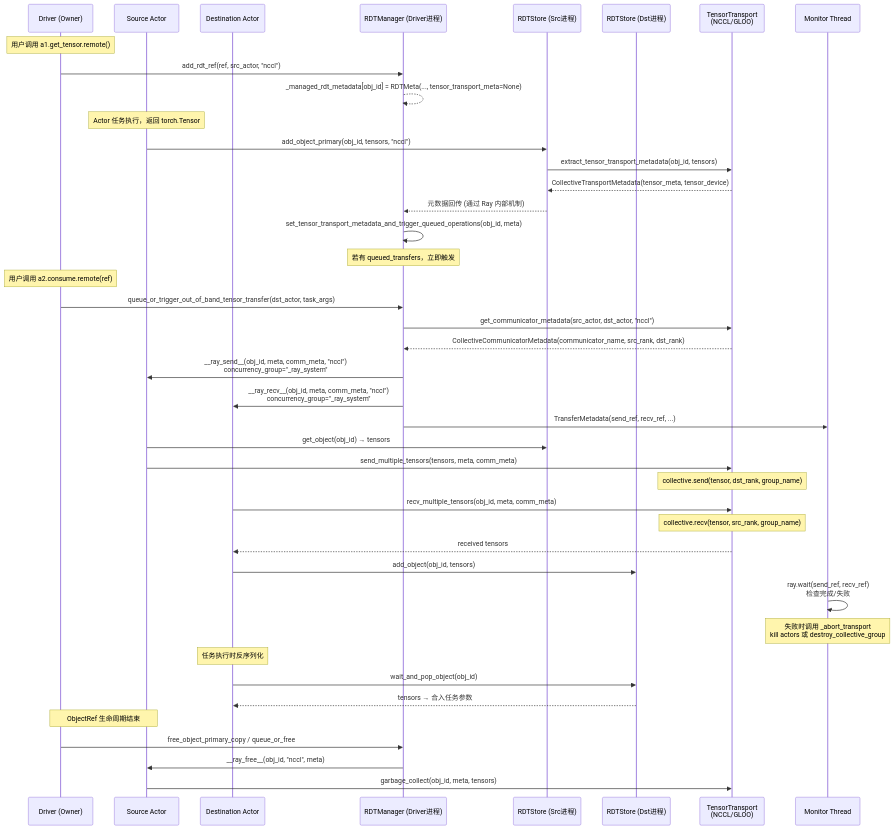
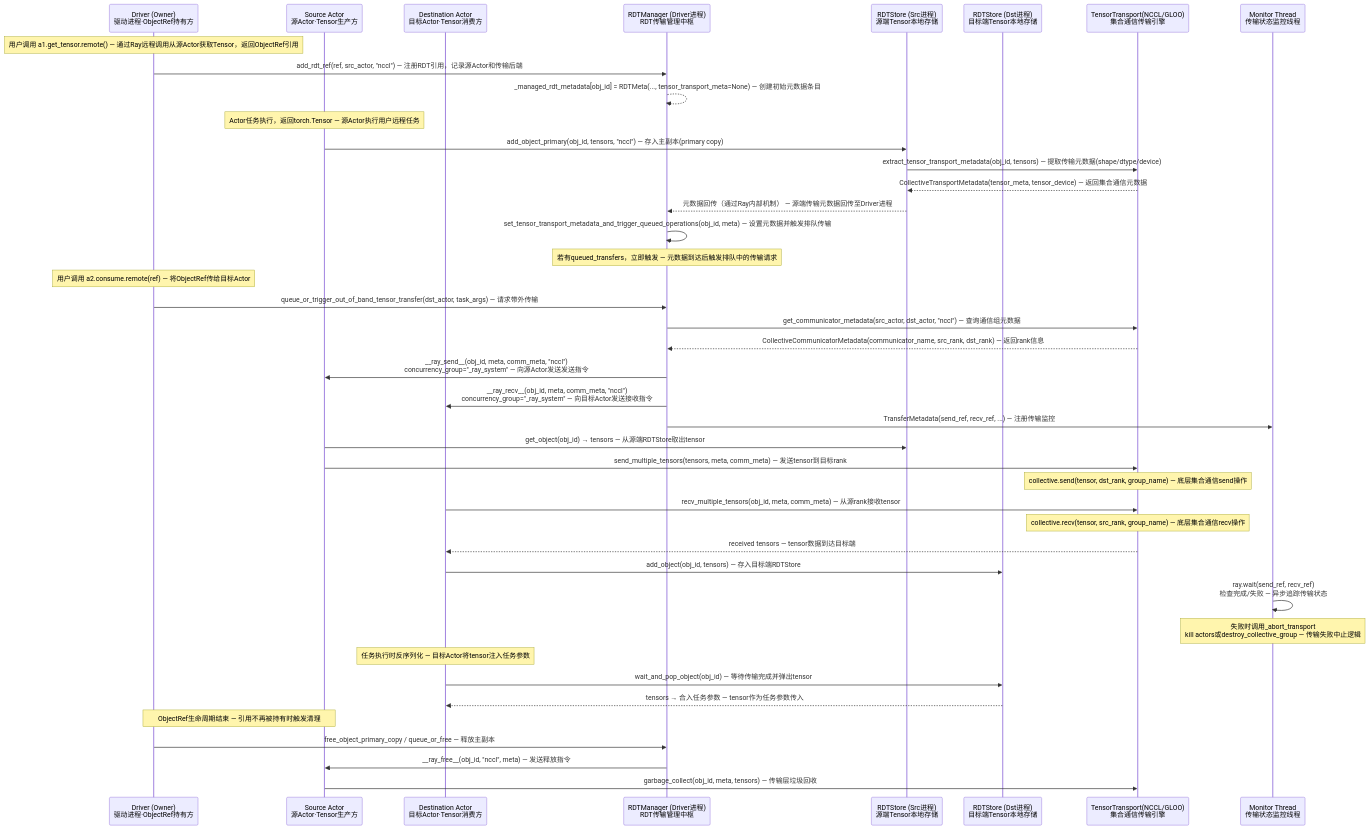
One commit to wangguimin18-boop/ray-project changed the fourth of 8 diagrams in doc/source/ray-core/direct-transport/rdt-architecture-analysis.md. Above: the diagram before and after it, drawn with Mermaid. The commit also changed other lines of this file, not shown here.

Commit message:
docs(rdt): add comprehensive Chinese annotations to all diagrams in architecture analysis

````diff
--- a/doc/source/ray-core/direct-transport/rdt-architecture-analysis.md
+++ b/doc/source/ray-core/direct-transport/rdt-architecture-analysis.md
@@ -303,53 +481,53 @@
 ```mermaid
 sequenceDiagram
-    participant Driver as Driver (Owner)
-    participant SrcActor as Source Actor
-    participant DstActor as Destination Actor
-    participant RDTMgr as RDTManager (Driver进程)
-    participant RDTStoreSrc as RDTStore (Src进程)
-    participant RDTStoreDst as RDTStore (Dst进程)
-    participant Transport as TensorTransport<br>(NCCL/GLOO)
-    participant Monitor as Monitor Thread
+    participant Driver as Driver (Owner)<br>驱动进程·ObjectRef持有方
+    participant SrcActor as Source Actor<br>源Actor·Tensor生产方
+    participant DstActor as Destination Actor<br>目标Actor·Tensor消费方
+    participant RDTMgr as RDTManager (Driver进程)<br>RDT传输管理中枢
+    participant RDTStoreSrc as RDTStore (Src进程)<br>源端Tensor本地存储
+    participant RDTStoreDst as RDTStore (Dst进程)<br>目标端Tensor本地存储
+    participant Transport as TensorTransport(NCCL/GLOO)<br>集合通信传输引擎
+    participant Monitor as Monitor Thread<br>传输状态监控线程
 
-    Note over Driver: 用户调用 a1.get_tensor.remote()
-    Driver->>RDTMgr: add_rdt_ref(ref, src_actor, "nccl")
-    RDTMgr-->>RDTMgr: _managed_rdt_metadata[obj_id] = RDTMeta(..., tensor_transport_meta=None)
+    Note over Driver: 用户调用 a1.get_tensor.remote() — 通过Ray远程调用从源Actor获取Tensor，返回ObjectRef引用
+    Driver->>RDTMgr: add_rdt_ref(ref, src_actor, "nccl") — 注册RDT引用，记录源Actor和传输后端
+    RDTMgr-->>RDTMgr: _managed_rdt_metadata[obj_id] = RDTMeta(..., tensor_transport_meta=None) — 创建初始元数据条目
 
-    Note over SrcActor: Actor 任务执行，返回 torch.Tensor
-    SrcActor->>RDTStoreSrc: add_object_primary(obj_id, tensors, "nccl")
-    RDTStoreSrc->>Transport: extract_tensor_transport_metadata(obj_id, tensors)
-    Transport-->>RDTStoreSrc: CollectiveTransportMetadata(tensor_meta, tensor_device)
-    RDTStoreSrc-->>RDTMgr: 元数据回传 (通过 Ray 内部机制)
-    RDTMgr->>RDTMgr: set_tensor_transport_metadata_and_trigger_queued_operations(obj_id, meta)
-    Note over RDTMgr: 若有 queued_transfers，立即触发
+    Note over SrcActor: Actor任务执行，返回torch.Tensor — 源Actor执行用户远程任务
+    SrcActor->>RDTStoreSrc: add_object_primary(obj_id, tensors, "nccl") — 存入主副本(primary copy)
+    RDTStoreSrc->>Transport: extract_tensor_transport_metadata(obj_id, tensors) — 提取传输元数据(shape/dtype/device)
+    Transport-->>RDTStoreSrc: CollectiveTransportMetadata(tensor_meta, tensor_device) — 返回集合通信元数据
+    RDTStoreSrc-->>RDTMgr: 元数据回传（通过Ray内部机制） — 源端传输元数据回传至Driver进程
+    RDTMgr->>RDTMgr: set_tensor_transport_metadata_and_trigger_queued_operations(obj_id, meta) — 设置元数据并触发排队传输
+    Note over RDTMgr: 若有queued_transfers，立即触发 — 元数据到达后触发排队中的传输请求
 
-    Note over Driver: 用户调用 a2.consume.remote(ref)
-    Driver->>RDTMgr: queue_or_trigger_out_of_band_tensor_transfer(dst_actor, task_args)
-    RDTMgr->>Transport: get_communicator_metadata(src_actor, dst_actor, "nccl")
-    Transport-->>RDTMgr: CollectiveCommunicatorMetadata(communicator_name, src_rank, dst_rank)
+    Note over Driver: 用户调用 a2.consume.remote(ref) — 将ObjectRef传给目标Actor
+    Driver->>RDTMgr: queue_or_trigger_out_of_band_tensor_transfer(dst_actor, task_args) — 请求带外传输
+    RDTMgr->>Transport: get_communicator_metadata(src_actor, dst_actor, "nccl") — 查询通信组元数据
+    Transport-->>RDTMgr: CollectiveCommunicatorMetadata(communicator_name, src_rank, dst_rank) — 返回rank信息
 
-    RDTMgr->>SrcActor: __ray_send__(obj_id, meta, comm_meta, "nccl")<br>concurrency_group="_ray_system"
-    RDTMgr->>DstActor: __ray_recv__(obj_id, meta, comm_meta, "nccl")<br>concurrency_group="_ray_system"
-    RDTMgr->>Monitor: TransferMetadata(send_ref, recv_ref, ...)
+    RDTMgr->>SrcActor: __ray_send__(obj_id, meta, comm_meta, "nccl")<br>concurrency_group="_ray_system" — 向源Actor发送发送指令
+    RDTMgr->>DstActor: __ray_recv__(obj_id, meta, comm_meta, "nccl")<br>concurrency_group="_ray_system" — 向目标Actor发送接收指令
+    RDTMgr->>Monitor: TransferMetadata(send_ref, recv_ref, ...) — 注册传输监控
 
-    SrcActor->>RDTStoreSrc: get_object(obj_id) → tensors
-    SrcActor->>Transport: send_multiple_tensors(tensors, meta, comm_meta)
-    Note over Transport: collective.send(tensor, dst_rank, group_name)
+    SrcActor->>RDTStoreSrc: get_object(obj_id) → tensors — 从源端RDTStore取出tensor
+    SrcActor->>Transport: send_multiple_tensors(tensors, meta, comm_meta) — 发送tensor到目标rank
+    Note over Transport: collective.send(tensor, dst_rank, group_name) — 底层集合通信send操作
 
-    DstActor->>Transport: recv_multiple_tensors(obj_id, meta, comm_meta)
-    Note over Transport: collective.recv(tensor, src_rank, group_name)
-    Transport-->>DstActor: received tensors
-    DstActor->>RDTStoreDst: add_object(obj_id, tensors)
+    DstActor->>Transport: recv_multiple_tensors(obj_id, meta, comm_meta) — 从源rank接收tensor
+    Note over Transport: collective.recv(tensor, src_rank, group_name) — 底层集合通信recv操作
+    Transport-->>DstActor: received tensors — tensor数据到达目标端
+    DstActor->>RDTStoreDst: add_object(obj_id, tensors) — 存入目标端RDTStore
 
-    Monitor->>Monitor: ray.wait(send_ref, recv_ref)<br>检查完成/失败
-    Note over Monitor: 失败时调用 _abort_transport<br>kill actors 或 destroy_collective_group
+    Monitor->>Monitor: ray.wait(send_ref, recv_ref)<br>检查完成/失败 — 异步追踪传输状态
+    Note over Monitor: 失败时调用_abort_transport<br>kill actors或destroy_collective_group — 传输失败中止逻辑
 
-    Note over DstActor: 任务执行时反序列化
-    DstActor->>RDTStoreDst: wait_and_pop_object(obj_id)
-    RDTStoreDst-->>DstActor: tensors → 合入任务参数
+    Note over DstActor: 任务执行时反序列化 — 目标Actor将tensor注入任务参数
+    DstActor->>RDTStoreDst: wait_and_pop_object(obj_id) — 等待传输完成并弹出tensor
+    RDTStoreDst-->>DstActor: tensors → 合入任务参数 — tensor作为任务参数传入
 
-    Note over Driver,SrcActor: ObjectRef 生命周期结束
-    Driver->>RDTMgr: free_object_primary_copy / queue_or_free
-    RDTMgr->>SrcActor: __ray_free__(obj_id, "nccl", meta)
-    SrcActor->>Transport: garbage_collect(obj_id, meta, tensors)
+    Note over Driver,SrcActor: ObjectRef生命周期结束 — 引用不再被持有时触发清理
+    Driver->>RDTMgr: free_object_primary_copy / queue_or_free — 释放主副本
+    RDTMgr->>SrcActor: __ray_free__(obj_id, "nccl", meta) — 发送释放指令
+    SrcActor->>Transport: garbage_collect(obj_id, meta, tensors) — 传输层垃圾回收
 ```
````
